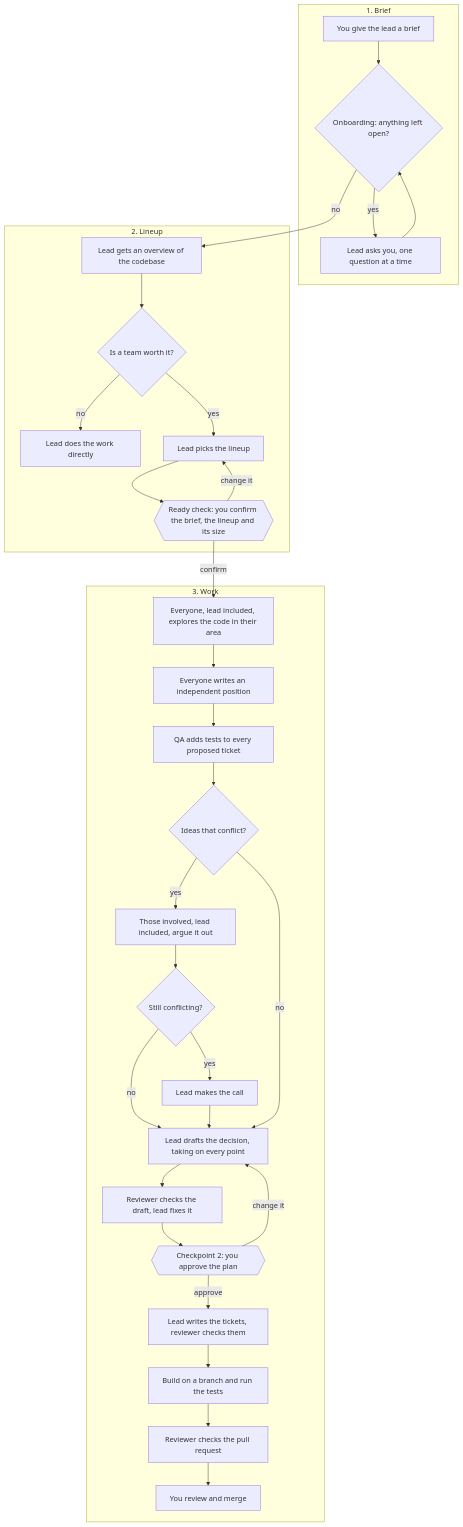
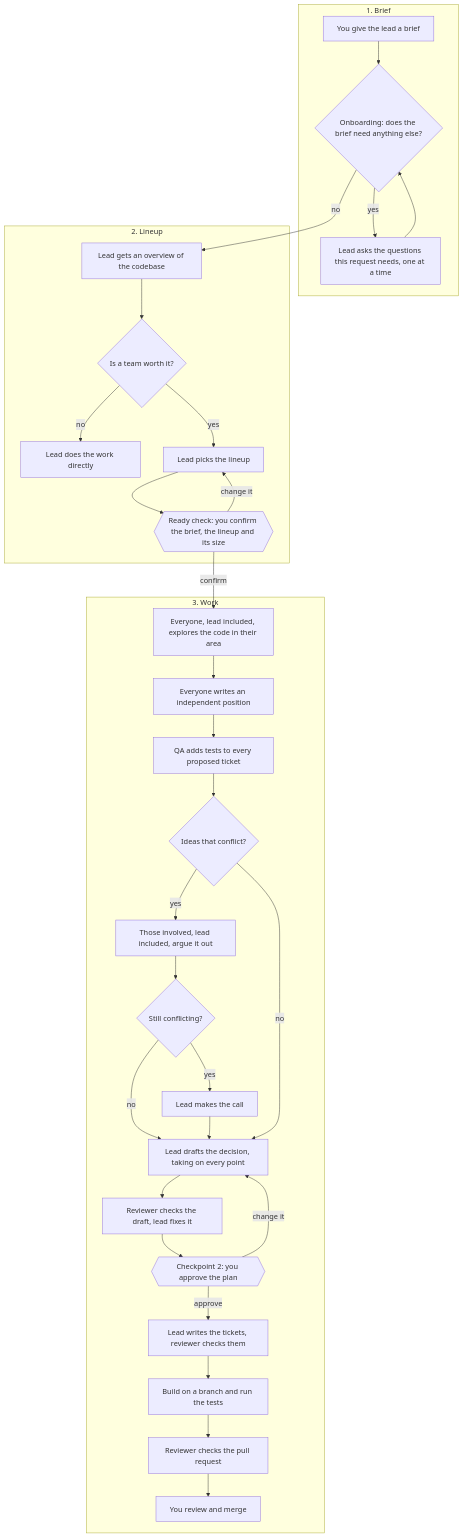
The diagram in README.md (SamNewhouse/engineering-team), drawn with Mermaid before and after one commit. The commit also changed other lines of this file and 2 other files, not shown here.

Commit message:
docs: build a team brief from the user's request during onboarding

````diff
--- a/README.md
+++ b/README.md
@@ -13,38 +13,38 @@
 ```mermaid
 flowchart TD
     subgraph P1["1. Brief"]
-        A["You give the lead a brief"] --> B{"Onboarding: anything left open?"}
-        B -- "yes" --> C["Lead asks you, one question at a time"]
+        A["You give the lead a brief"] --> B{"Onboarding: does the brief need anything else?"}
+        B -- "yes" --> C["Lead asks the questions this request needs, one at a time"]
         C --> B
     end
 
     subgraph P2["2. Lineup"]
         D["Lead gets an overview of the codebase"] --> E{"Is a team worth it?"}
         E -- "no" --> F["Lead does the work directly"]
         E -- "yes" --> G["Lead picks the lineup"]
         G --> H{{"Ready check: you confirm the brief, the lineup and its size"}}
         H -- "change it" --> G
     end
 
     subgraph P3["3. Work"]
         I["Everyone, lead included, explores the code in their area"] --> I2["Everyone writes an independent position"]
         I2 --> J["QA adds tests to every proposed ticket"]
         J --> K{"Ideas that conflict?"}
         K -- "yes" --> L["Those involved, lead included, argue it out"]
         L --> L2{"Still conflicting?"}
         L2 -- "yes" --> L3["Lead makes the call"]
         L2 -- "no" --> M
         L3 --> M["Lead drafts the decision, taking on every point"]
         K -- "no" --> M
         M --> N["Reviewer checks the draft, lead fixes it"]
         N --> O{{"Checkpoint 2: you approve the plan"}}
         O -- "change it" --> M
         O -- "approve" --> Q["Lead writes the tickets, reviewer checks them"]
         Q --> R["Build on a branch and run the tests"]
         R --> S["Reviewer checks the pull request"]
         S --> T["You review and merge"]
     end
 
     B -- "no" --> D
     H -- "confirm" --> I
 ```
````
